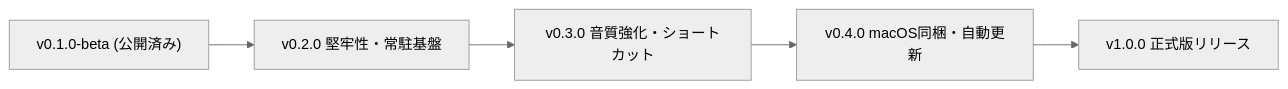
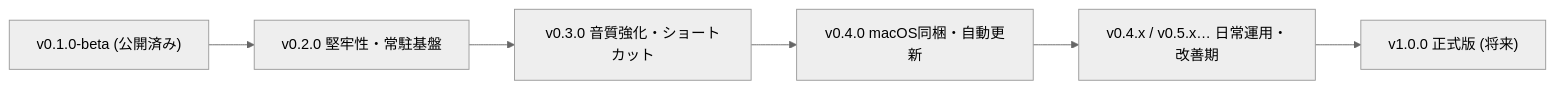
The diagram in ROADMAP.md (naebox/shizuka), drawn with Mermaid (neutral theme) before and after one commit. The commit also changed other lines of this file and 1 other file, not shown here.

Commit message:
docs: postpone v1.0.0 and add v0.4.x/v0.5.x dogfooding phase to roadmap

````diff
--- a/ROADMAP.md
+++ b/ROADMAP.md
@@ -18,10 +18,11 @@
 ```mermaid
 flowchart LR
   Beta["v0.1.0-beta (公開済み)"]
   V02["v0.2.0 堅牢性・常駐基盤"]
   V03["v0.3.0 音質強化・ショートカット"]
   V04["v0.4.0 macOS同梱・自動更新"]
-  V10["v1.0.0 正式版リリース"]
+  V0X["v0.4.x / v0.5.x… 日常運用・改善期"]
+  V10["v1.0.0 正式版 (将来)"]
 
-  Beta --> V02 --> V03 --> V04 --> V10
+  Beta --> V02 --> V03 --> V04 --> V0X --> V10
 ```
````
